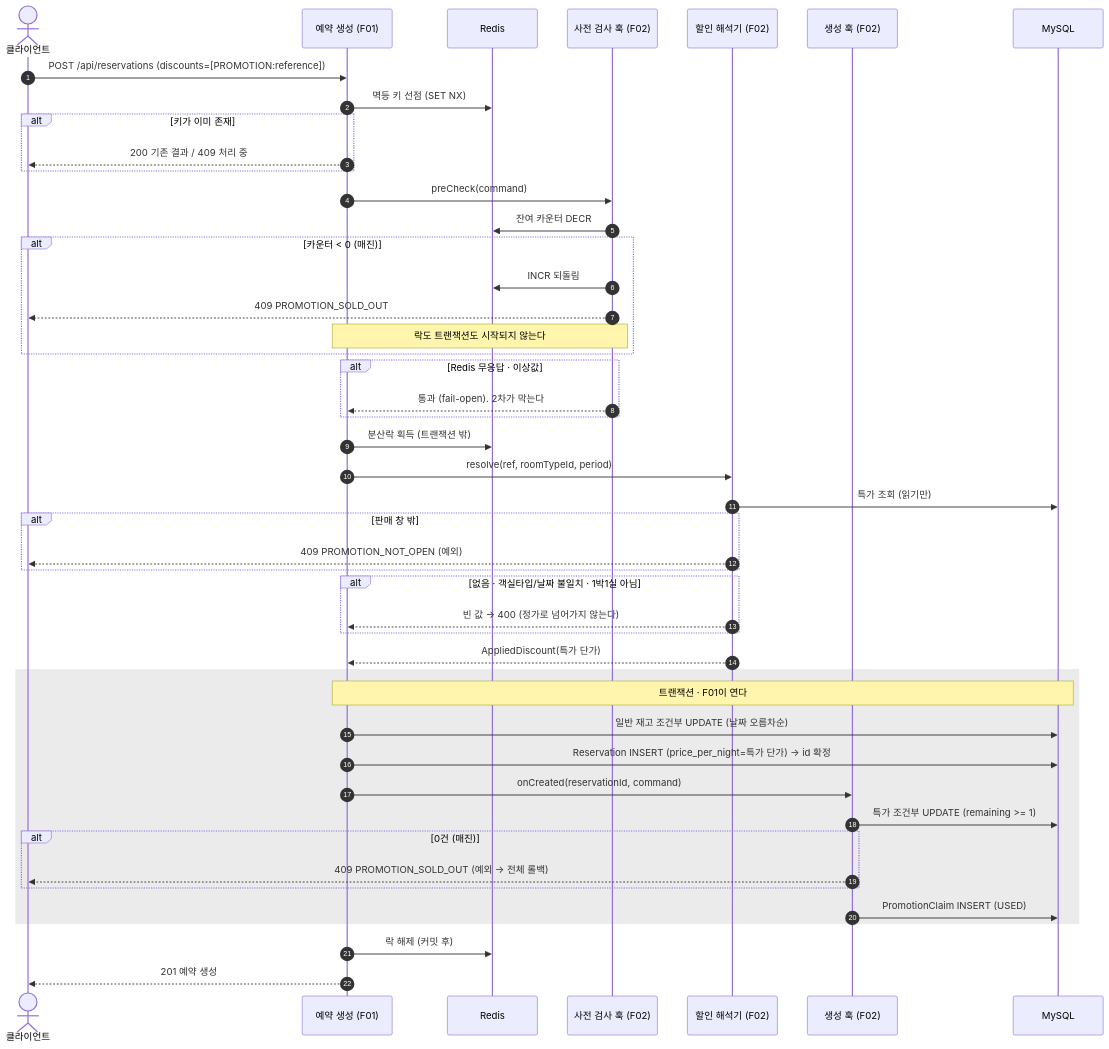
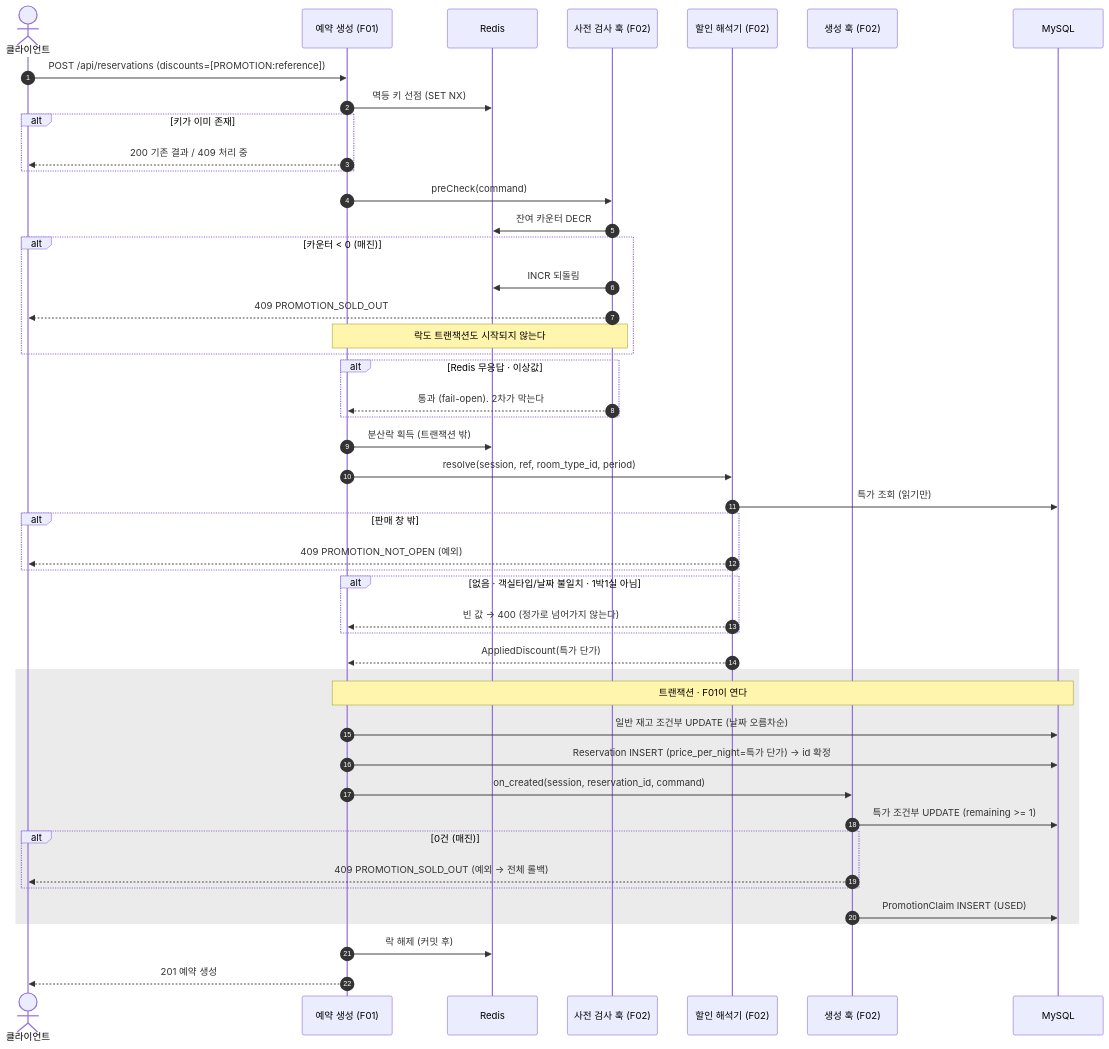
The fourth of 5 diagrams in docs/spec/F02-선착순-프로모션.md (Diocto/pms), drawn with Mermaid before and after one commit. The commit also changed other lines of this file and 1 other file, not shown here.

````diff
--- a/docs/spec/F02-선착순-프로모션.md
+++ b/docs/spec/F02-선착순-프로모션.md
@@ -462,50 +548,50 @@
 ```mermaid
 sequenceDiagram
     autonumber
     actor C as 클라이언트
     participant F1 as 예약 생성 (F01)
     participant R as Redis
     participant PC as 사전 검사 훅 (F02)
     participant RS as 할인 해석기 (F02)
     participant H as 생성 훅 (F02)
     participant DB as MySQL
 
     C->>F1: POST /api/reservations (discounts=[PROMOTION:reference])
     F1->>R: 멱등 키 선점 (SET NX)
     alt 키가 이미 존재
         F1-->>C: 200 기존 결과 / 409 처리 중
     end
     F1->>PC: preCheck(command)
     PC->>R: 잔여 카운터 DECR
     alt 카운터 < 0 (매진)
         PC->>R: INCR 되돌림
         PC-->>C: 409 PROMOTION_SOLD_OUT
         note over PC,F1: 락도 트랜잭션도 시작되지 않는다
     end
     alt Redis 무응답 · 이상값
         PC-->>F1: 통과 (fail-open). 2차가 막는다
     end
     F1->>R: 분산락 획득 (트랜잭션 밖)
-    F1->>RS: resolve(ref, roomTypeId, period)
+    F1->>RS: resolve(session, ref, room_type_id, period)
     RS->>DB: 특가 조회 (읽기만)
     alt 판매 창 밖
         RS-->>C: 409 PROMOTION_NOT_OPEN (예외)
     end
     alt 없음 · 객실타입/날짜 불일치 · 1박1실 아님
         RS-->>F1: 빈 값 → 400 (정가로 넘어가지 않는다)
     end
     RS-->>F1: AppliedDiscount(특가 단가)
     rect rgb(235, 235, 235)
         note over F1,DB: 트랜잭션 · F01이 연다
         F1->>DB: 일반 재고 조건부 UPDATE (날짜 오름차순)
         F1->>DB: Reservation INSERT (price_per_night=특가 단가) → id 확정
-        F1->>H: onCreated(reservationId, command)
+        F1->>H: on_created(session, reservation_id, command)
         H->>DB: 특가 조건부 UPDATE (remaining >= 1)
         alt 0건 (매진)
             H-->>C: 409 PROMOTION_SOLD_OUT (예외 → 전체 롤백)
         end
         H->>DB: PromotionClaim INSERT (USED)
     end
     F1->>R: 락 해제 (커밋 후)
     F1-->>C: 201 예약 생성
 ```
````
